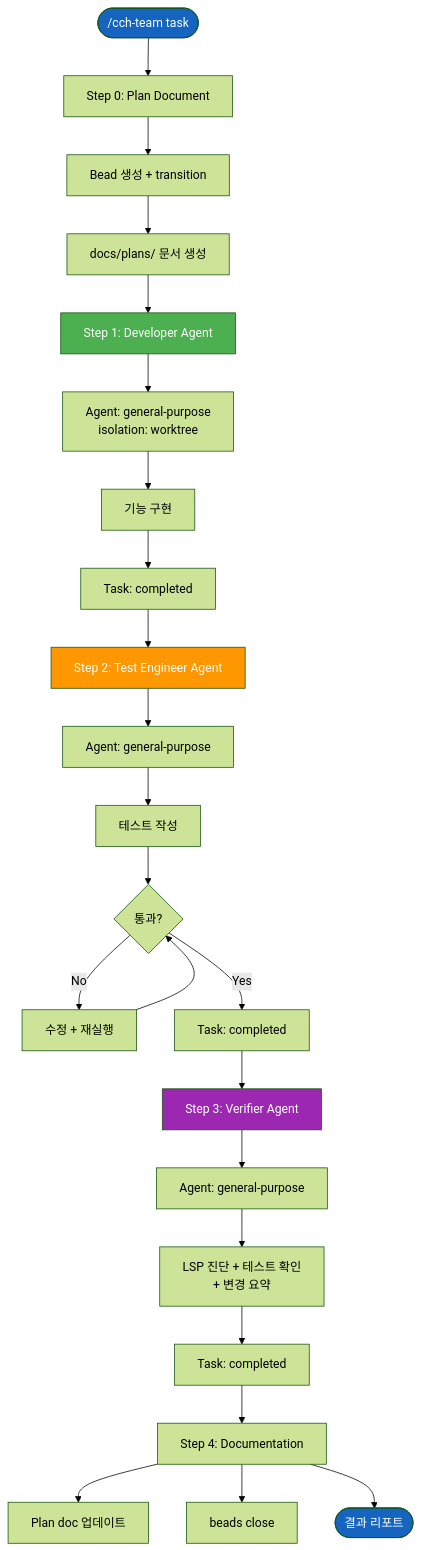
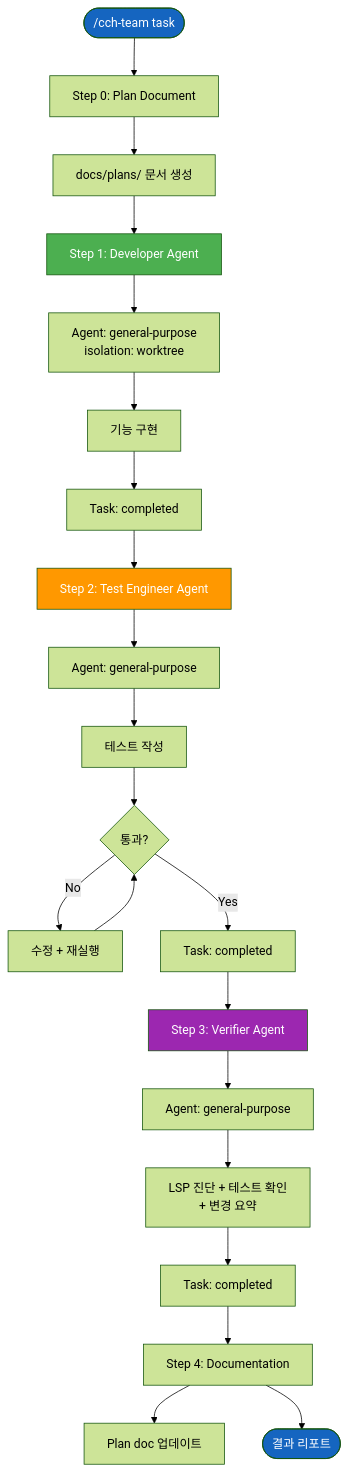
Before and after one commit to skdkfk8758/claude-code-harness: the tenth of 17 diagrams in docs/diagrams/cch-workflows.md, drawn with Mermaid (forest theme). The commit also changed other lines of this file and 1 other file, not shown here.

First line of the commit message:
docs: update workflow diagrams for v3, archive plugin reference

````diff
--- a/docs/diagrams/cch-workflows.md
+++ b/docs/diagrams/cch-workflows.md
@@ -530,35 +478,33 @@
 ```mermaid
 flowchart TD
     START(["/cch-team task"]) --> SETUP["Step 0: Plan Document"]
-    SETUP --> BEAD["Bead 생성 + transition"]
-    BEAD --> PLAN_DOC["docs/plans/ 문서 생성"]
+    SETUP --> PLAN_DOC["docs/plans/ 문서 생성"]
 
     PLAN_DOC --> DEV["Step 1: Developer Agent"]
     DEV --> DEV_A["Agent: general-purpose<br/>isolation: worktree"]
     DEV_A --> DEV_IMPL["기능 구현"]
     DEV_IMPL --> DEV_DONE["Task: completed"]
 
     DEV_DONE --> TEST["Step 2: Test Engineer Agent"]
     TEST --> TEST_A["Agent: general-purpose"]
     TEST_A --> TEST_WRITE["테스트 작성"]
     TEST_WRITE --> TEST_RUN{"통과?"}
     TEST_RUN -->|No| TEST_FIX["수정 + 재실행"]
     TEST_FIX --> TEST_RUN
     TEST_RUN -->|Yes| TEST_DONE["Task: completed"]
 
     TEST_DONE --> VER["Step 3: Verifier Agent"]
     VER --> VER_A["Agent: general-purpose"]
     VER_A --> VER_CHK["LSP 진단 + 테스트 확인<br/>+ 변경 요약"]
     VER_CHK --> VER_DONE["Task: completed"]
 
     VER_DONE --> FINAL["Step 4: Documentation"]
     FINAL --> UPDATE["Plan doc 업데이트"]
-    FINAL --> CLOSE["beads close"]
     FINAL --> REPORT(["결과 리포트"])
 
     style START fill:#1565C0,color:white
     style DEV fill:#4CAF50,color:white
     style TEST fill:#FF9800,color:white
     style VER fill:#9C27B0,color:white
     style REPORT fill:#1565C0,color:white
 ```
````
